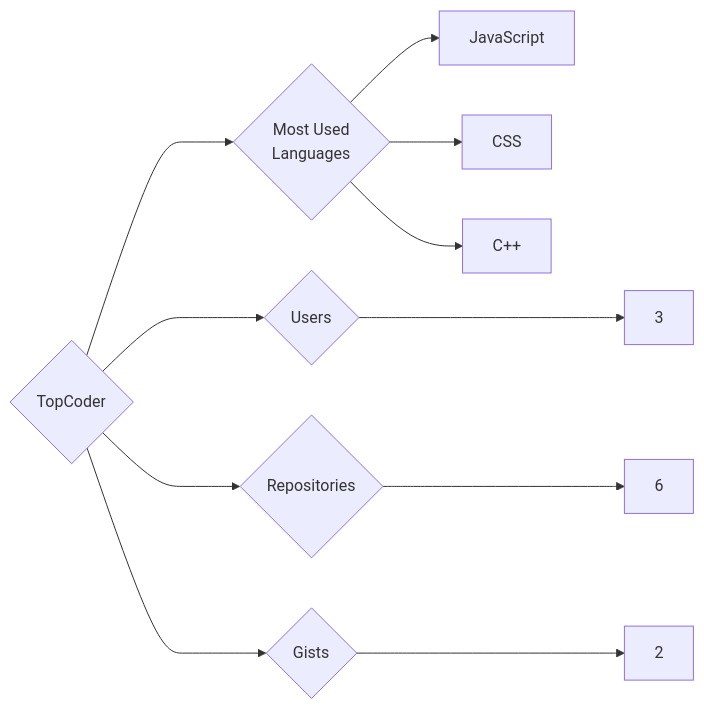
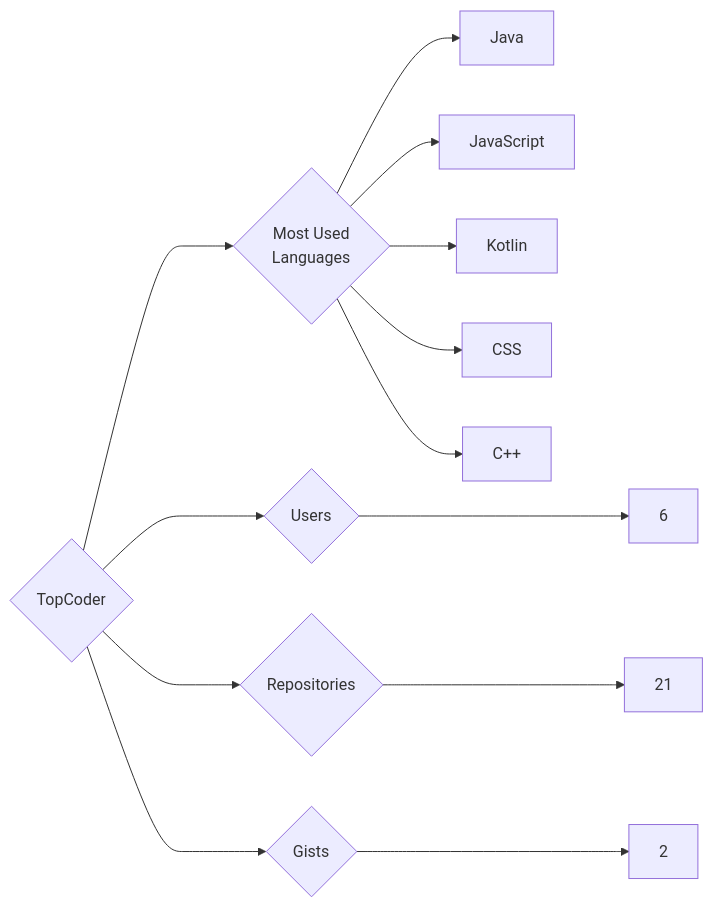
One commit to trickest/insiders changed the diagram in targets/TopCoder/README.md. Above: the diagram before and after it, drawn with Mermaid. The commit also changed 1508 other files, not shown here.

````diff
--- a/targets/TopCoder/README.md
+++ b/targets/TopCoder/README.md
@@ -3,11 +3,13 @@
 ```mermaid
 graph LR
 COMPANY_NAME{TopCoder}
-COMPANY_NAME ---> U{Users} ---> UN[3]
-COMPANY_NAME ---> R{Repositories} ---> RN[6]
+COMPANY_NAME ---> U{Users} ---> UN[6]
+COMPANY_NAME ---> R{Repositories} ---> RN[21]
 COMPANY_NAME ---> G{Gists} ---> GN[2]
 COMPANY_NAME ---> ML{Most Used<br>Languages}
+ML --> Java[Java]
 ML --> JavaScript[JavaScript]
+ML --> Kotlin[Kotlin]
 ML --> CSS[CSS]
 ML --> C++[C++]
 ```
````
